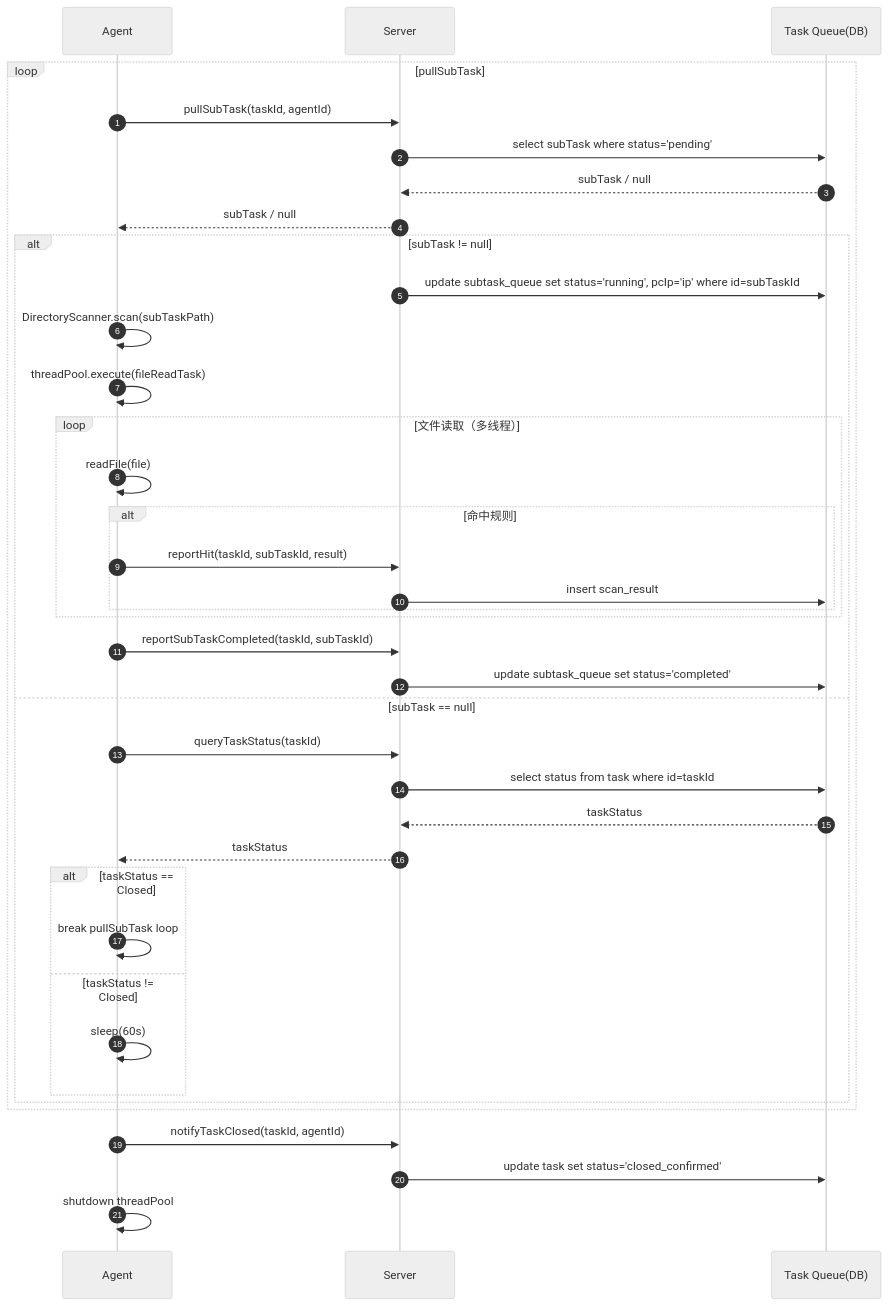
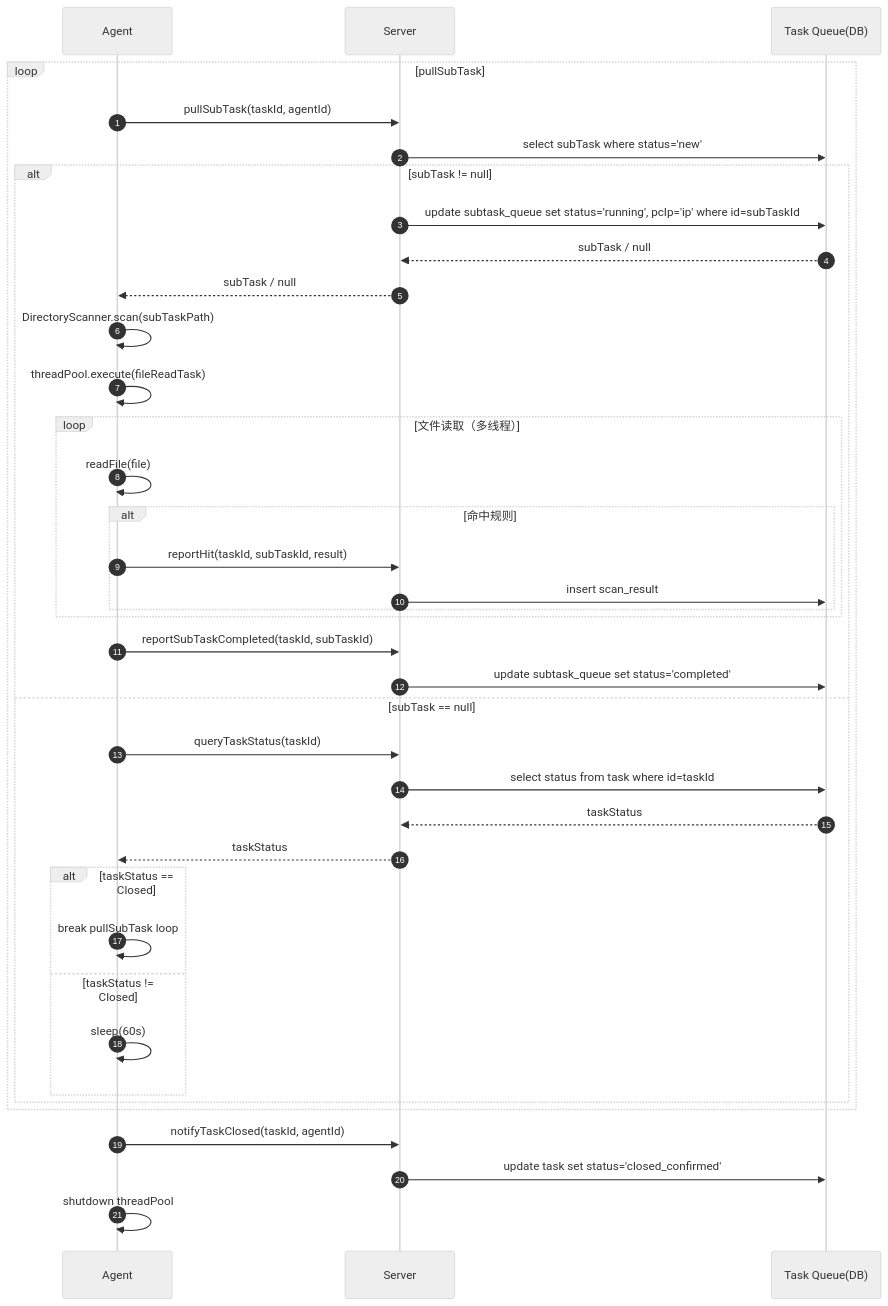
The diagram in scan_system_design.md (panwen-ye/scanner-new), drawn with Mermaid (neutral theme) before and after one commit.

Commit message:
Update subTask status check in scan system design
Change the status check for subTasks from 'pending' to 'new'.

````diff
--- a/scan_system_design.md
+++ b/scan_system_design.md
@@ -5,48 +5,50 @@
 ```mermaid
 sequenceDiagram
     autonumber
     participant Agent
     participant Server
     participant DB as Task Queue(DB)
 
     loop pullSubTask
         Agent->>Server: pullSubTask(taskId, agentId)
-        Server->>DB: select subTask where status='pending'
-        DB-->>Server: subTask / null
-        Server-->>Agent: subTask / null
-
+        Server->>DB: select subTask where status='new'
+        
         alt subTask != null
             Server->>DB: update subtask_queue set status='running', pcIp='ip' where id=subTaskId
+            DB-->>Server: subTask / null
+            Server-->>Agent: subTask / null
             Agent->>Agent: DirectoryScanner.scan(subTaskPath)
             Agent->>Agent: threadPool.execute(fileReadTask)
 
             loop 文件读取（多线程）
                 Agent->>Agent: readFile(file)
                 alt 命中规则
                     Agent->>Server: reportHit(taskId, subTaskId, result)
                     Server->>DB: insert scan_result
                 end
             end
 
             Agent->>Server: reportSubTaskCompleted(taskId, subTaskId)
             Server->>DB: update subtask_queue set status='completed'
 
         else subTask == null
             Agent->>Server: queryTaskStatus(taskId)
             Server->>DB: select status from task where id=taskId
             DB-->>Server: taskStatus
             Server-->>Agent: taskStatus
 
             alt taskStatus == Closed
                 Agent->>Agent: break pullSubTask loop
             else taskStatus != Closed
                 Agent->>Agent: sleep(60s)
             end
         end
     end
 
     Agent->>Server: notifyTaskClosed(taskId, agentId)
     Server->>DB: update task set status='closed_confirmed'
     Agent->>Agent: shutdown threadPool
 
+
+
 ```
````
